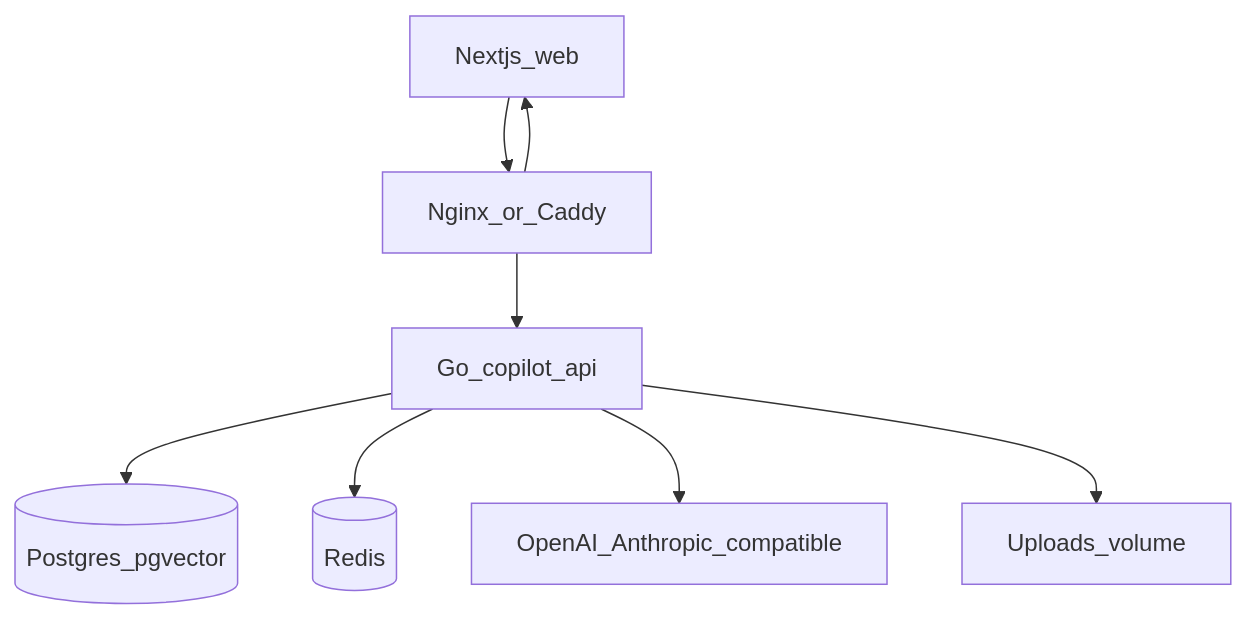
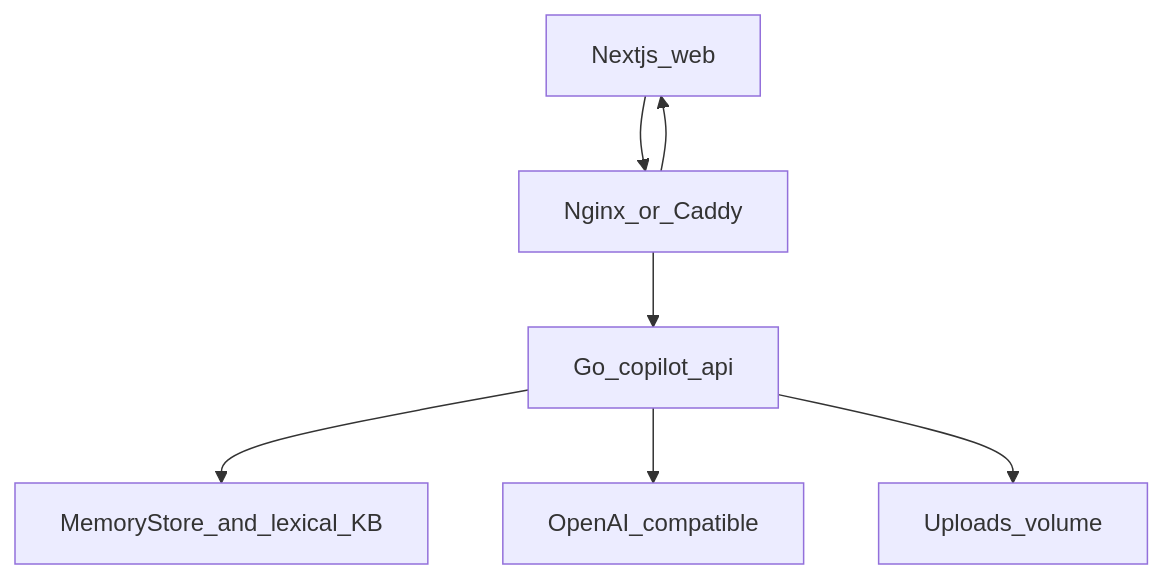
The first of 2 diagrams in docs/architecture/09-demo-backend-go.md (Samurai2306/AlphaBank_case_champ), drawn with Mermaid before and after one commit. The commit also changed other lines of this file and 16 other files, not shown here.

Commit message:
Describe the demo as in-memory instead of Postgres and Redis.

````diff
--- a/docs/architecture/09-demo-backend-go.md
+++ b/docs/architecture/09-demo-backend-go.md
@@ -16,18 +16,16 @@
 ```mermaid
 flowchart TB
   Web[Nextjs_web]
   Nginx[Nginx_or_Caddy]
   API[Go_copilot_api]
-  PG[(Postgres_pgvector)]
-  Redis[(Redis)]
-  LLM[OpenAI_Anthropic_compatible]
+  Mem[MemoryStore_and_lexical_KB]
+  LLM[OpenAI_compatible]
   Disk[Uploads_volume]
 
   Web --> Nginx
   Nginx --> API
   Nginx --> Web
-  API --> PG
-  API --> Redis
+  API --> Mem
   API --> LLM
   API --> Disk
 ```
````
